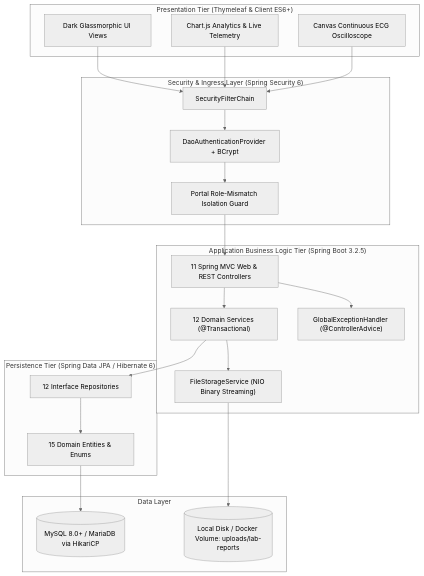
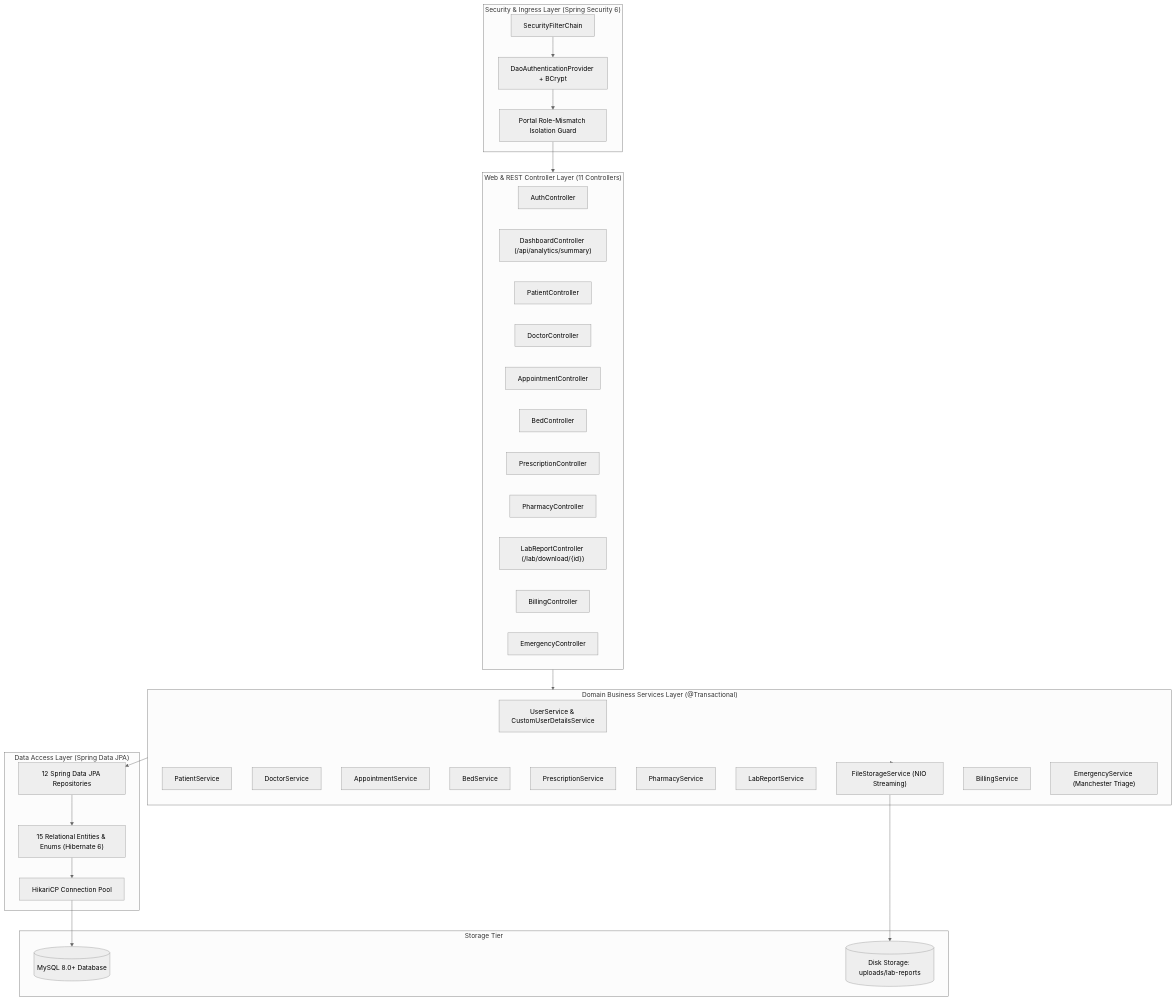
The first of 2 diagrams in README.md (Soumalya-Jana/MedCare), drawn with Mermaid (neutral theme) before and after one commit. The commit also changed other lines of this file, not shown here.

Commit message:
docs: tailor README to highlight Backend Developer role and architecture

````diff
--- a/README.md
+++ b/README.md
@@ -38,45 +36,58 @@
 ```mermaid
 graph TB
-    subgraph Presentation_Tier ["Presentation Tier (Thymeleaf & Client ES6+)"]
-        UI["Dark Glassmorphic UI Views"]
-        ChartJS["Chart.js Analytics & Live Telemetry"]
-        ECG["Canvas Continuous ECG Oscilloscope"]
+    subgraph Ingress ["Security & Ingress Layer (Spring Security 6)"]
+        Filter["SecurityFilterChain"]
+        AuthProvider["DaoAuthenticationProvider + BCrypt"]
+        PortalGuard["Portal Role-Mismatch Isolation Guard"]
     end
 
-    subgraph Security_Tier ["Security & Ingress Layer (Spring Security 6)"]
-        Filter["SecurityFilterChain"]
-        AuthProv["DaoAuthenticationProvider + BCrypt"]
-        Guard["Portal Role-Mismatch Isolation Guard"]
+    subgraph Controllers_Layer ["Web & REST Controller Layer (11 Controllers)"]
+        AuthController["AuthController"]
+        DashController["DashboardController (/api/analytics/summary)"]
+        PatientController["PatientController"]
+        DocController["DoctorController"]
+        AptController["AppointmentController"]
+        BedController["BedController"]
+        RxController["PrescriptionController"]
+        PharmController["PharmacyController"]
+        LabController["LabReportController (/lab/download/{id})"]
+        BillController["BillingController"]
+        ERController["EmergencyController"]
     end
 
-    subgraph Business_Tier ["Application Business Logic Tier (Spring Boot 3.2.5)"]
-        Controllers["11 Spring MVC Web & REST Controllers"]
-        Services["12 Domain Services (@Transactional)"]
-        FileStore["FileStorageService (NIO Binary Streaming)"]
-        ExHandler["GlobalExceptionHandler (@ControllerAdvice)"]
+    subgraph Services_Layer ["Domain Business Services Layer (@Transactional)"]
+        UserSvc["UserService & CustomUserDetailsService"]
+        PatientSvc["PatientService"]
+        DocSvc["DoctorService"]
+        AptSvc["AppointmentService"]
+        BedSvc["BedService"]
+        RxSvc["PrescriptionService"]
+        PharmSvc["PharmacyService"]
+        LabSvc["LabReportService"]
+        FileStoreSvc["FileStorageService (NIO Streaming)"]
+        BillSvc["BillingService"]
+        ERSvc["EmergencyService (Manchester Triage)"]
     end
 
-    subgraph Persistence_Tier ["Persistence Tier (Spring Data JPA / Hibernate 6)"]
-        Repos["12 Interface Repositories"]
-        Entities["15 Domain Entities & Enums"]
+    subgraph Persistence_Layer ["Data Access Layer (Spring Data JPA)"]
+        Repos["12 Spring Data JPA Repositories"]
+        Entities["15 Relational Entities & Enums (Hibernate 6)"]
+        Hikari["HikariCP Connection Pool"]
     end
 
-    subgraph Storage_Tier ["Data Layer"]
-        MySQL[(MySQL 8.0+ / MariaDB via HikariCP)]
-        DiskStore[("Local Disk / Docker Volume: uploads/lab-reports")]
+    subgraph Storage ["Storage Tier"]
+        DB[(MySQL 8.0+ Database)]
+        FS[("Disk Storage: uploads/lab-reports")]
     end
 
-    UI --> Filter
-    ChartJS --> Filter
-    ECG --> Filter
-    Filter --> AuthProv
-    AuthProv --> Guard
-    Guard --> Controllers
-    Controllers --> Services
-    Controllers --> ExHandler
-    Services --> FileStore
-    FileStore --> DiskStore
-    Services --> Repos
+    Filter --> AuthProvider
+    AuthProvider --> PortalGuard
+    PortalGuard --> Controllers_Layer
+    Controllers_Layer --> Services_Layer
+    Services_Layer --> FileStoreSvc
+    FileStoreSvc --> FS
+    Services_Layer --> Repos
     Repos --> Entities
-    Entities --> MySQL
+    Entities --> Hikari
+    Hikari --> DB
 ```
````
